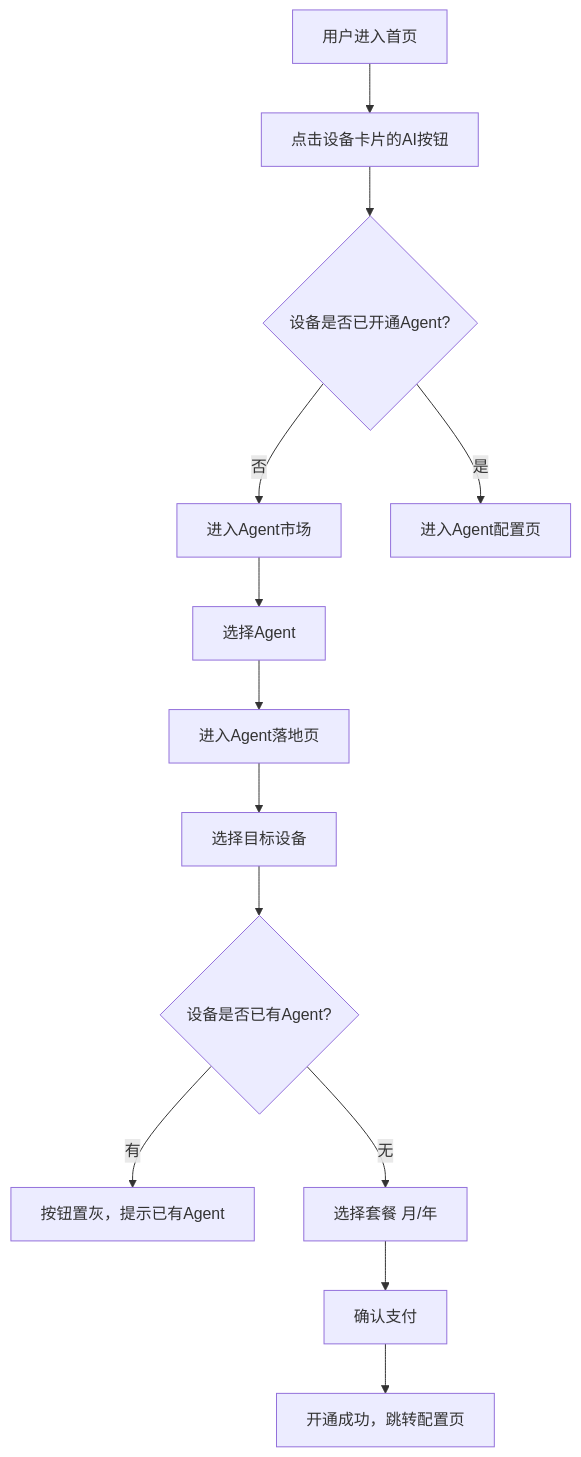
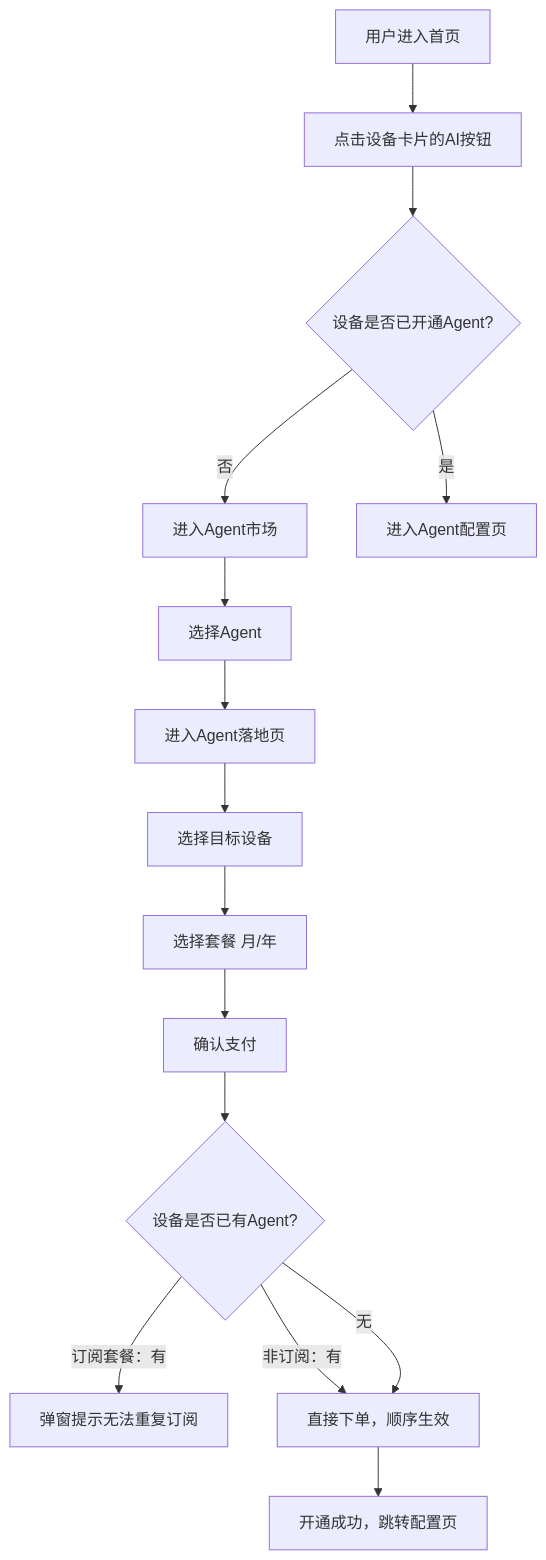
One commit to hongtao-l/platform changed the first of 4 diagrams in docs/prd_full/Agent工厂/Agent工厂03PRD.md. Above: the diagram before and after it, drawn with Mermaid. The commit also changed other lines of this file and 13 other files, not shown here.

````diff
--- a/docs/prd_full/Agent工厂/Agent工厂03PRD.md
+++ b/docs/prd_full/Agent工厂/Agent工厂03PRD.md
@@ -94,15 +94,17 @@
 ```mermaid
 flowchart TD
     A[用户进入首页] --> B[点击设备卡片的AI按钮]
     B --> C{设备是否已开通Agent?}
     C -->|否| D[进入Agent市场]
     C -->|是| E[进入Agent配置页]
     D --> F[选择Agent]
     F --> G[进入Agent落地页]
     G --> H[选择目标设备]
-    H --> I{设备是否已有Agent?}
-    I -->|有| J[按钮置灰，提示已有Agent]
-    I -->|无| K[选择套餐 月/年]
-    K --> L[确认支付]
-    L --> M[开通成功，跳转配置页]
+    H --> I[选择套餐 月/年]
+    I --> J[确认支付]
+    J --> K{设备是否已有Agent?}
+    K -->|订阅套餐：有| L[弹窗提示无法重复订阅]
+    K -->|非订阅：有| M[直接下单，顺序生效]
+    K -->|无| M
+    M --> N[开通成功，跳转配置页]
 ```
````
